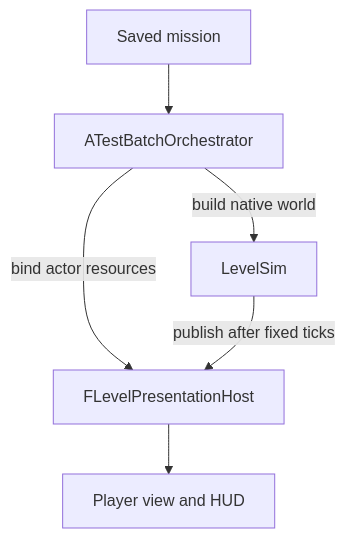
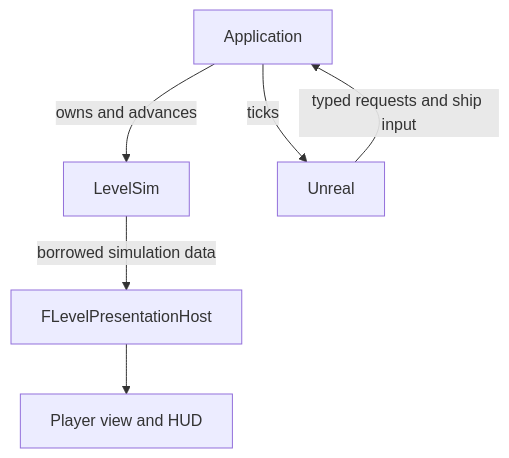
Before and after one commit to nukethebees/ue5_sandbox: the diagram in Plugins/SpaceGame/ARCHITECTURE.md, drawn with Mermaid. The commit also changed other lines of this file, not shown here.

Commit message:
Document native simulation and Unreal presentation ownership

````diff
--- a/Plugins/SpaceGame/ARCHITECTURE.md
+++ b/Plugins/SpaceGame/ARCHITECTURE.md
@@ -3,8 +3,8 @@
 ```mermaid
 flowchart TD
-    M[Saved mission] --> O[ATestBatchOrchestrator]
-    O -->|build native world| S[LevelSim]
-    O -->|bind actor resources| H[FLevelPresentationHost]
-    S -->|publish after fixed ticks| H
+    A[Application] -->|owns and advances| S[LevelSim]
+    A -->|ticks| U[Unreal]
+    U -->|typed requests and ship input| A
+    S -->|borrowed simulation data| H[FLevelPresentationHost]
     H --> V[Player view and HUD]
 ```
````
